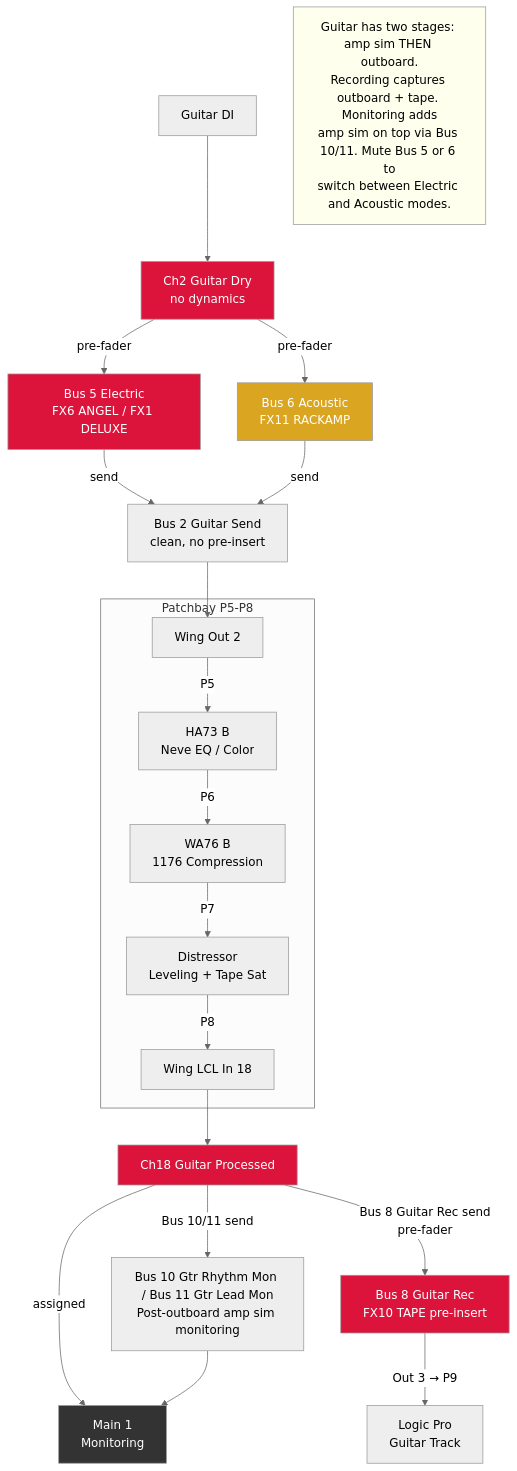
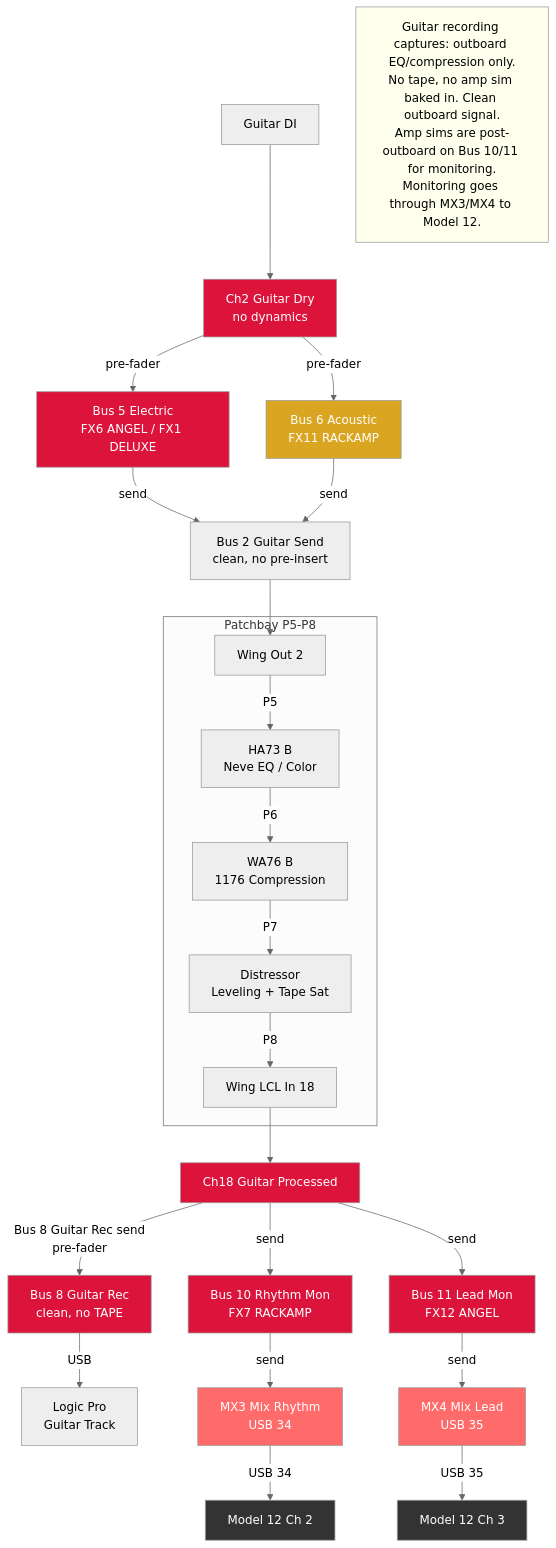
The third of 21 diagrams in docs/diagrams.md (ldenman/studio-setup), drawn with Mermaid (neutral theme) before and after one commit. The commit also changed other lines of this file and 1 other file, not shown here.

First line of the commit message:
Update all diagrams for mix matrices and tape aux loop

````diff
--- a/docs/diagrams.md
+++ b/docs/diagrams.md
@@ -110,38 +116,46 @@
 ```mermaid
 graph TD
     DI[Guitar DI] --> CH2[Ch2 Guitar Dry<br/>no dynamics]
 
     CH2 -->|pre-fader| BUS5[Bus 5 Electric<br/>FX6 ANGEL / FX1 DELUXE]
     CH2 -->|pre-fader| BUS6[Bus 6 Acoustic<br/>FX11 RACKAMP]
 
     BUS5 -->|send| BUS2[Bus 2 Guitar Send<br/>clean, no pre-insert]
     BUS6 -->|send| BUS2
 
     BUS2 --> OUT2[Wing Out 2]
 
     subgraph Patchbay P5-P8
         OUT2 -->|P5| HA73B[HA73 B<br/>Neve EQ / Color]
         HA73B -->|P6| WA76B[WA76 B<br/>1176 Compression]
         WA76B -->|P7| DIST[Distressor<br/>Leveling + Tape Sat]
         DIST -->|P8| LCL18[Wing LCL In 18]
     end
 
     LCL18 --> CH18[Ch18 Guitar Processed]
 
-    CH18 -->|assigned| MAIN[Main 1<br/>Monitoring]
-    CH18 -->|Bus 10/11 send| MON[Bus 10 Gtr Rhythm Mon / Bus 11 Gtr Lead Mon<br/>Post-outboard amp sim monitoring]
-    CH18 -->|Bus 8 Guitar Rec send<br/>pre-fader| BUS8[Bus 8 Guitar Rec<br/>FX10 TAPE pre-insert]
+    CH18 -->|Bus 8 Guitar Rec send<br/>pre-fader| BUS8[Bus 8 Guitar Rec<br/>clean, no TAPE]
+    CH18 -->|send| BUS10[Bus 10 Rhythm Mon<br/>FX7 RACKAMP]
+    CH18 -->|send| BUS11[Bus 11 Lead Mon<br/>FX12 ANGEL]
 
-    MON --> MAIN
-    BUS8 -->|Out 3 → P9| LOGIC[Logic Pro<br/>Guitar Track]
+    BUS8 -->|USB| LOGIC[Logic Pro<br/>Guitar Track]
+    BUS10 -->|send| MX3[MX3 Mix Rhythm<br/>USB 34]
+    BUS11 -->|send| MX4[MX4 Mix Lead<br/>USB 35]
+    MX3 -->|USB 34| M12_2[Model 12 Ch 2]
+    MX4 -->|USB 35| M12_3[Model 12 Ch 3]
 
-    NOTE[Guitar has two stages: amp sim THEN outboard.<br/>Recording captures outboard + tape. Monitoring adds<br/>amp sim on top via Bus 10/11. Mute Bus 5 or 6 to<br/>switch between Electric and Acoustic modes.]
+    NOTE[Guitar recording captures: outboard EQ/compression only.<br/>No tape, no amp sim baked in. Clean outboard signal.<br/>Amp sims are post-outboard on Bus 10/11 for monitoring.<br/>Monitoring goes through MX3/MX4 to Model 12.]
 
     style CH2 fill:#DC143C,color:#fff
     style CH18 fill:#DC143C,color:#fff
     style BUS8 fill:#DC143C,color:#fff
     style BUS5 fill:#DC143C,color:#fff
     style BUS6 fill:#DAA520,color:#fff
-    style MAIN fill:#333,color:#fff
+    style BUS10 fill:#DC143C,color:#fff
+    style BUS11 fill:#DC143C,color:#fff
+    style MX3 fill:#FF6B6B,color:#fff
+    style MX4 fill:#FF6B6B,color:#fff
+    style M12_2 fill:#333,color:#fff
+    style M12_3 fill:#333,color:#fff
     style NOTE fill:#ffe,stroke:#999
 ```
````
